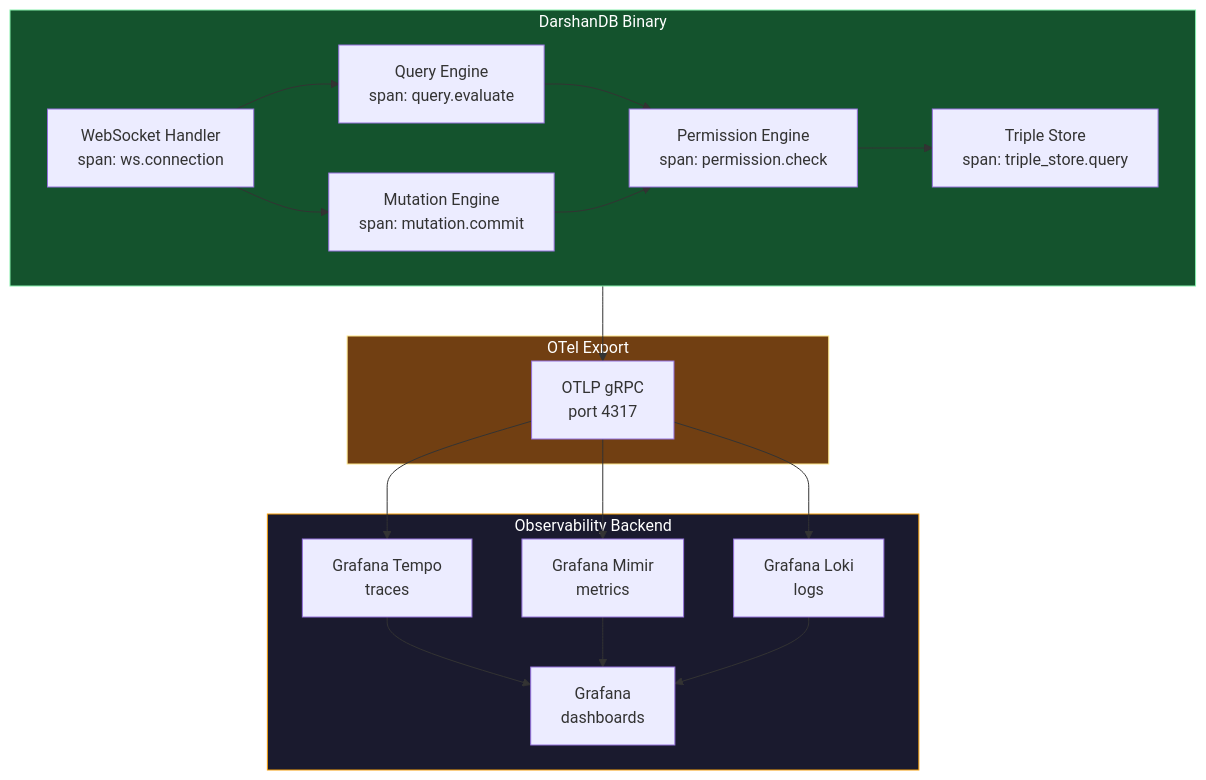
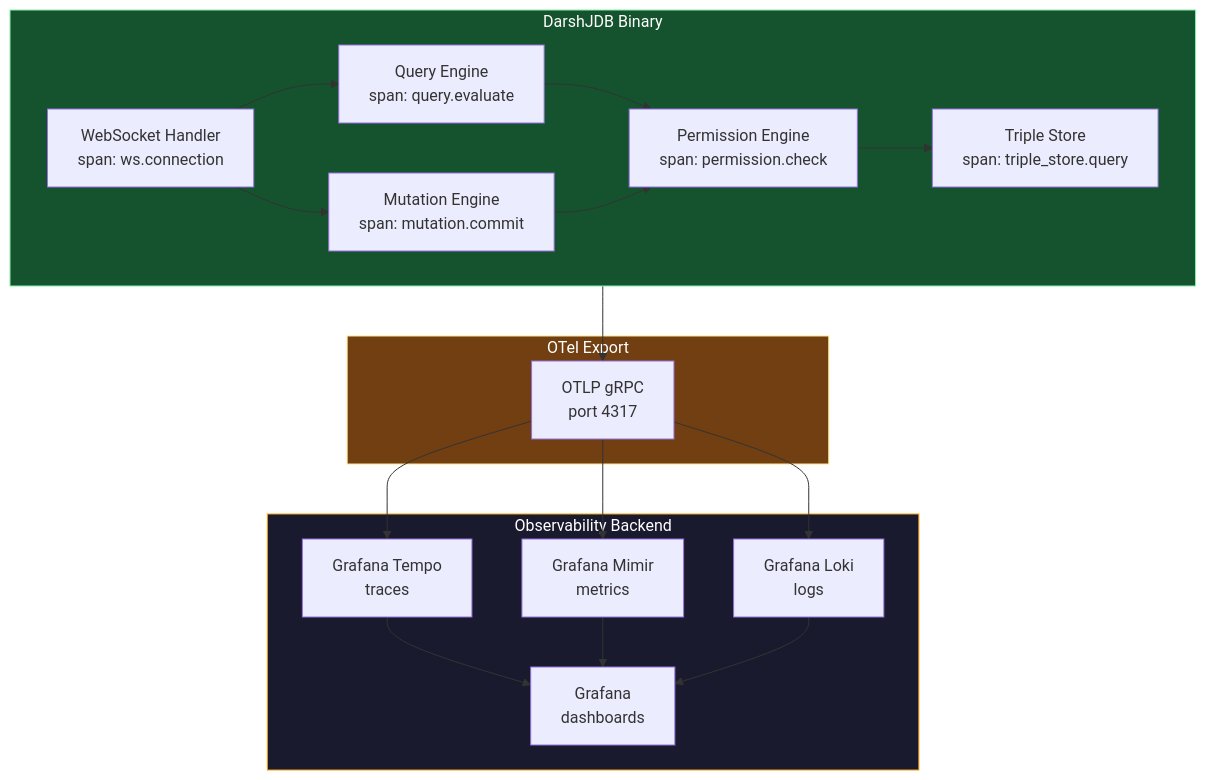
Before and after one commit to darshjme/darshjdb: the eighth of 12 diagrams in docs/strategy/SCALABILITY_STRATEGY.md, drawn with Mermaid. The commit also changed other lines of this file and 107 other files, not shown here.

First line of the commit message:
rebrand: DarshanDB → DarshJDB (DDB)

````diff
--- a/docs/strategy/SCALABILITY_STRATEGY.md
+++ b/docs/strategy/SCALABILITY_STRATEGY.md
@@ -663,31 +663,31 @@
 ```mermaid
 graph TB
-    subgraph App["DarshanDB Binary"]
+    subgraph App["DarshJDB Binary"]
         WS["WebSocket Handler\nspan: ws.connection"]
         QE["Query Engine\nspan: query.evaluate"]
         ME["Mutation Engine\nspan: mutation.commit"]
         PE["Permission Engine\nspan: permission.check"]
         TS["Triple Store\nspan: triple_store.query"]
     end
 
     subgraph Export["OTel Export"]
         OTLP["OTLP gRPC\nport 4317"]
     end
 
     subgraph Backend["Observability Backend"]
         Tempo["Grafana Tempo\ntraces"]
         Mimir["Grafana Mimir\nmetrics"]
         Loki["Grafana Loki\nlogs"]
         Grafana["Grafana\ndashboards"]
     end
 
     WS --> QE --> PE --> TS
     WS --> ME --> PE
     App --> OTLP
     OTLP --> Tempo & Mimir & Loki
     Tempo & Mimir & Loki --> Grafana
 
     style App fill:#14532d,stroke:#86efac,color:#fff
     style Export fill:#713f12,stroke:#fde68a,color:#fff
     style Backend fill:#1a1a2e,stroke:#F59E0B,color:#fff
 ```
````
